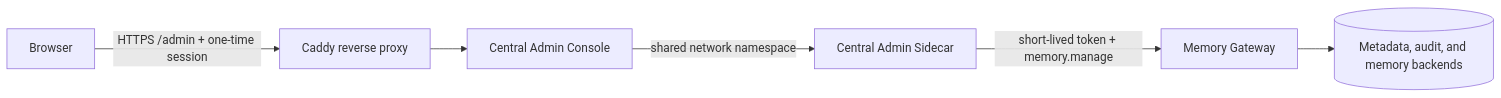
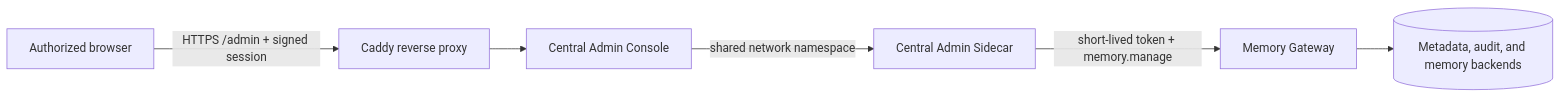
One commit to Buildlee/agent-memory-gateway changed the diagram in docs/en/central-admin.md. Above: the diagram before and after it, drawn with Mermaid. The commit also changed other lines of this file and 20 other files, not shown here.

````diff
--- a/docs/en/central-admin.md
+++ b/docs/en/central-admin.md
@@ -5,8 +5,8 @@
 ```mermaid
 flowchart LR
-  B["Browser"] -->|"HTTPS /admin + one-time session"| P["Caddy reverse proxy"]
+  B["Authorized browser"] -->|"HTTPS /admin + signed session"| P["Caddy reverse proxy"]
   P --> C["Central Admin Console"]
   C -->|"shared network namespace"| S["Central Admin Sidecar"]
   S -->|"short-lived token + memory.manage"| G["Memory Gateway"]
   G --> M[("Metadata, audit, and memory backends")]
 ```
````
